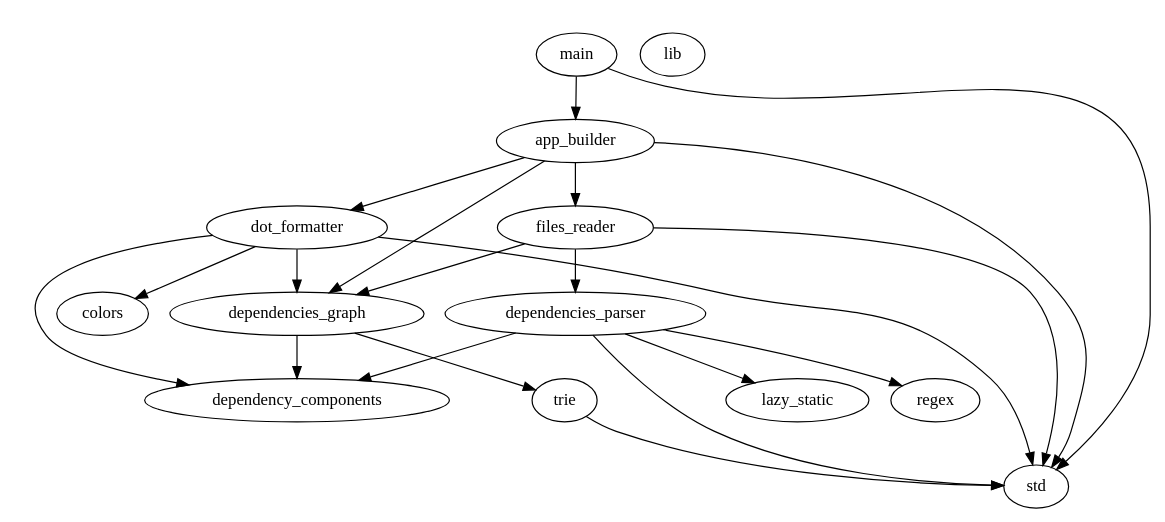
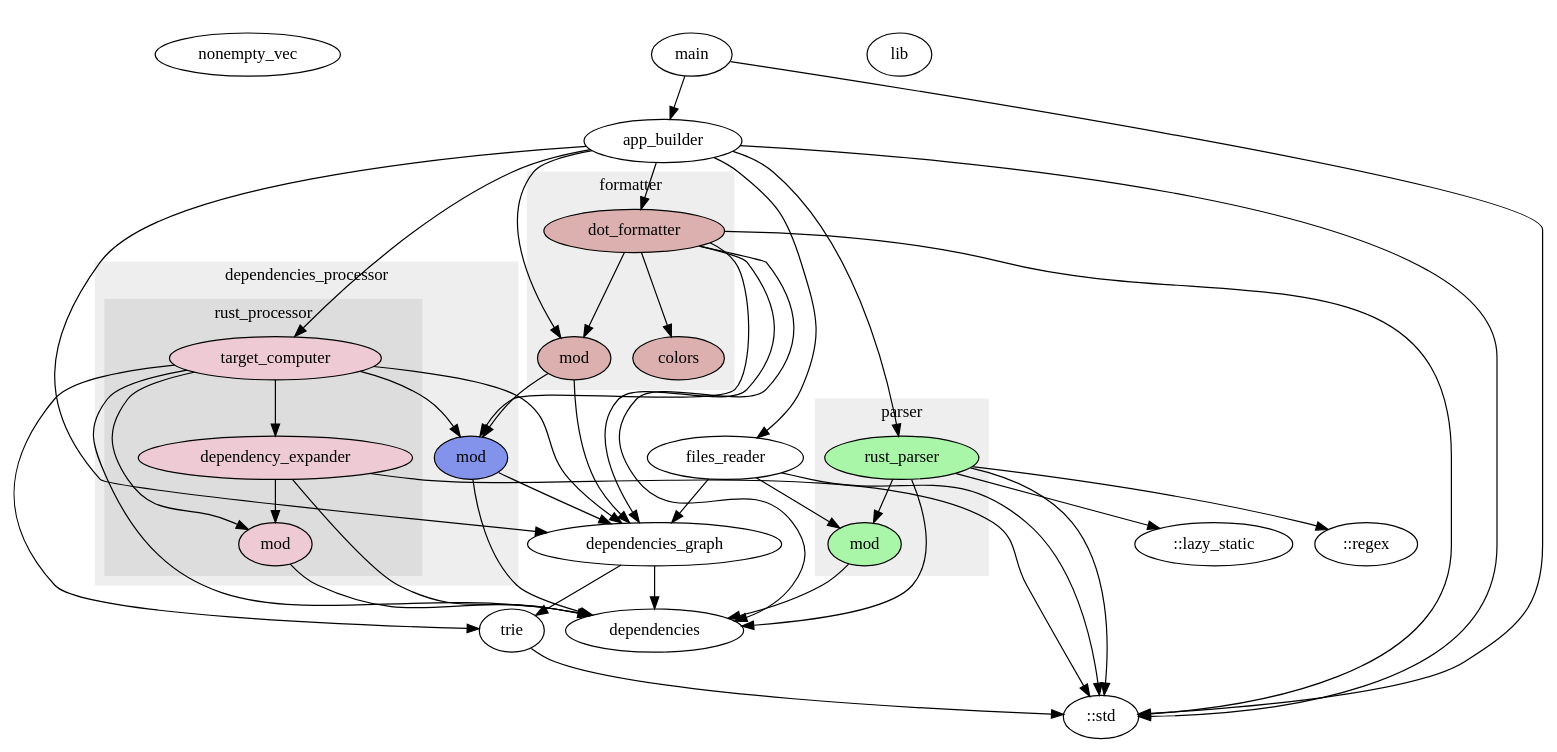
One commit to thomas-huegel/cargo-graphmod changed the diagram in modules.dot. Above: the diagram before and after it, drawn with Graphviz. The commit also changed 22 other files, not shown here.

Commit message:
refactoring (dependencies processor)

```diff
--- a/modules.dot
+++ b/modules.dot
@@ -1,37 +1,85 @@
 digraph dependencies {
 subgraph cluster_ {
 label=""
 color="#ffffff"
 style="filled"
   "::app_builder"[label="app_builder",style="filled",fillcolor="#ffffff"]
-  "::colors"[label="colors",style="filled",fillcolor="#ffffff"]
+  "::dependencies"[label="dependencies",style="filled",fillcolor="#ffffff"]
   "::dependencies_graph"[label="dependencies_graph",style="filled",fillcolor="#ffffff"]
-  "::dependencies_parser"[label="dependencies_parser",style="filled",fillcolor="#ffffff"]
-  "::dependency_components"[label="dependency_components",style="filled",fillcolor="#ffffff"]
-  "::dot_formatter"[label="dot_formatter",style="filled",fillcolor="#ffffff"]
+  subgraph cluster____dependencies_processor {
+  label="dependencies_processor"
+  color="#eeeeee"
+  style="filled"
+    "::dependencies_processor::mod"[label="mod",style="filled",fillcolor="#8393eb"]
+    subgraph cluster____dependencies_processor___rust_processor {
+    label="rust_processor"
+    color="#dddddd"
+    style="filled"
+      "::dependencies_processor::rust_processor::dependency_expander"[label="dependency_expander",style="filled",fillcolor="#eecad4"]
+      "::dependencies_processor::rust_processor::mod"[label="mod",style="filled",fillcolor="#eecad4"]
+      "::dependencies_processor::rust_processor::target_computer"[label="target_computer",style="filled",fillcolor="#eecad4"]
+    }
+  }
   "::files_reader"[label="files_reader",style="filled",fillcolor="#ffffff"]
+  subgraph cluster____formatter {
+  label="formatter"
+  color="#eeeeee"
+  style="filled"
+    "::formatter::colors"[label="colors",style="filled",fillcolor="#dcb0ae"]
+    "::formatter::dot_formatter"[label="dot_formatter",style="filled",fillcolor="#dcb0ae"]
+    "::formatter::mod"[label="mod",style="filled",fillcolor="#dcb0ae"]
+  }
   "::lib"[label="lib",style="filled",fillcolor="#ffffff"]
   "::main"[label="main",style="filled",fillcolor="#ffffff"]
+  "::nonempty_vec"[label="nonempty_vec",style="filled",fillcolor="#ffffff"]
+  subgraph cluster____parser {
+  label="parser"
+  color="#eeeeee"
+  style="filled"
+    "::parser::mod"[label="mod",style="filled",fillcolor="#aaf6a8"]
+    "::parser::rust_parser"[label="rust_parser",style="filled",fillcolor="#aaf6a8"]
+  }
   "::trie"[label="trie",style="filled",fillcolor="#ffffff"]
 }
 "::app_builder" -> "::dependencies_graph"
-"::app_builder" -> "::dot_formatter"
+"::app_builder" -> "::dependencies_processor::rust_processor::target_computer"
 "::app_builder" -> "::files_reader"
-"::app_builder" -> "std"
-"::dependencies_graph" -> "::dependency_components"
+"::app_builder" -> "::formatter::dot_formatter"
+"::app_builder" -> "::formatter::mod"
+"::app_builder" -> "::parser::rust_parser"
+"::app_builder" -> "::std"
+"::dependencies_graph" -> "::dependencies"
 "::dependencies_graph" -> "::trie"
-"::dependencies_parser" -> "::dependency_components"
-"::dependencies_parser" -> "lazy_static"
-"::dependencies_parser" -> "regex"
-"::dependencies_parser" -> "std"
-"::dot_formatter" -> "::colors"
-"::dot_formatter" -> "::dependencies_graph"
-"::dot_formatter" -> "::dependency_components"
-"::dot_formatter" -> "std"
+"::dependencies_processor::mod" -> "::dependencies"
+"::dependencies_processor::mod" -> "::dependencies_graph"
+"::dependencies_processor::rust_processor::dependency_expander" -> "::dependencies"
+"::dependencies_processor::rust_processor::dependency_expander" -> "::dependencies_processor::rust_processor::mod"
+"::dependencies_processor::rust_processor::dependency_expander" -> "::std"
+"::dependencies_processor::rust_processor::mod" -> "::dependencies"
+"::dependencies_processor::rust_processor::target_computer" -> "::dependencies"
+"::dependencies_processor::rust_processor::target_computer" -> "::dependencies_graph"
+"::dependencies_processor::rust_processor::target_computer" -> "::dependencies_processor::mod"
+"::dependencies_processor::rust_processor::target_computer" -> "::dependencies_processor::rust_processor::dependency_expander"
+"::dependencies_processor::rust_processor::target_computer" -> "::dependencies_processor::rust_processor::mod"
+"::dependencies_processor::rust_processor::target_computer" -> "::trie"
 "::files_reader" -> "::dependencies_graph"
-"::files_reader" -> "::dependencies_parser"
-"::files_reader" -> "std"
+"::files_reader" -> "::parser::mod"
+"::files_reader" -> "::std"
+"::formatter::dot_formatter" -> "::dependencies"
+"::formatter::dot_formatter" -> "::dependencies_graph"
+"::formatter::dot_formatter" -> "::dependencies_processor::mod"
+"::formatter::dot_formatter" -> "::formatter::colors"
+"::formatter::dot_formatter" -> "::formatter::mod"
+"::formatter::dot_formatter" -> "::std"
+"::formatter::mod" -> "::dependencies_graph"
+"::formatter::mod" -> "::dependencies_processor::mod"
 "::main" -> "::app_builder"
-"::main" -> "std"
-"::trie" -> "std"
+"::main" -> "::std"
+"::parser::mod" -> "::dependencies"
+"::parser::rust_parser" -> "::dependencies"
+"::parser::rust_parser" -> "::lazy_static"
+"::parser::rust_parser" -> "::parser::mod"
+"::parser::rust_parser" -> "::regex"
+"::parser::rust_parser" -> "::std"
+"::trie" -> "::std"
 }
```
